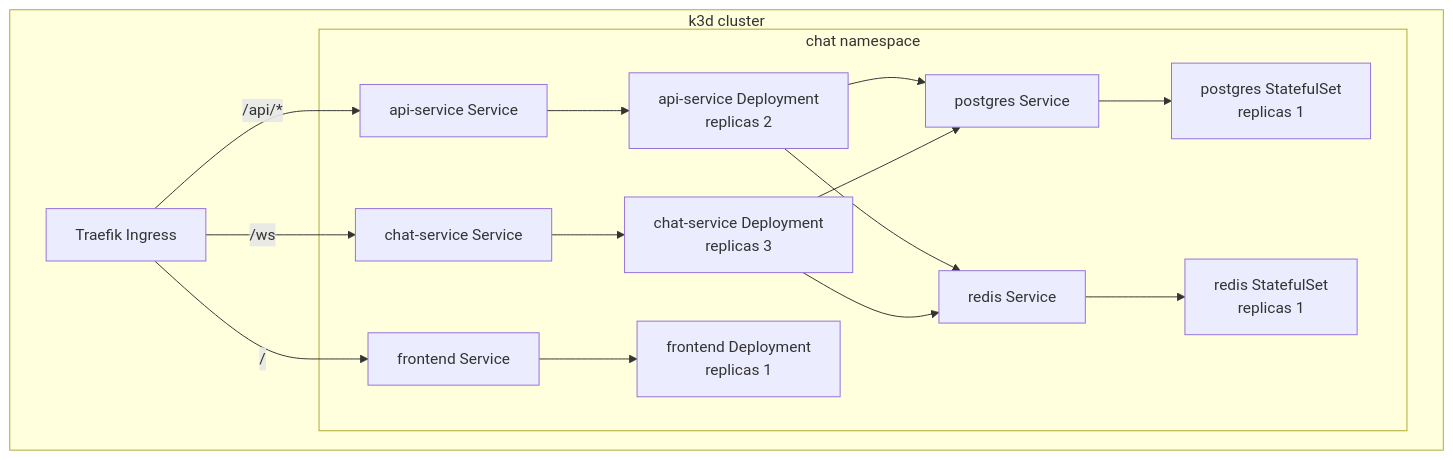
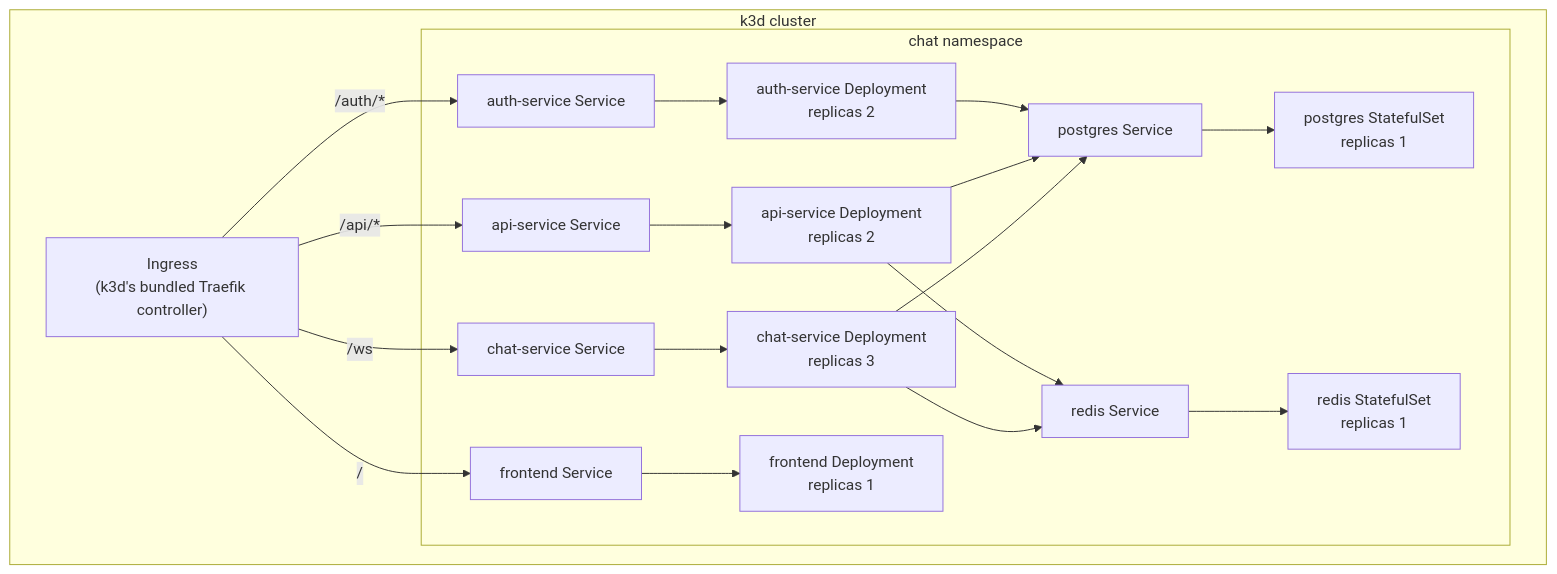
One commit to prodmatze/distributed_systems_sose_2026 changed the seventh of 7 diagrams in docs/ARCHITECTURE.md. Above: the diagram before and after it, drawn with Mermaid. The commit also changed other lines of this file and 23 other files, not shown here.

````diff
--- a/docs/ARCHITECTURE.md
+++ b/docs/ARCHITECTURE.md
@@ -318,35 +336,40 @@
 ```mermaid
 flowchart TB
     subgraph Cluster["k3d cluster"]
-        Ing["Traefik Ingress"]
+        Ing["Ingress<br/>(k3d's bundled Traefik controller)"]
 
         subgraph NS["chat namespace"]
+            AUTHD["auth-service Deployment<br/>replicas 2"]
             APID["api-service Deployment<br/>replicas 2"]
             WSD["chat-service Deployment<br/>replicas 3"]
             PGSS["postgres StatefulSet<br/>replicas 1"]
             RDSS["redis StatefulSet<br/>replicas 1"]
             FEDP["frontend Deployment<br/>replicas 1"]
 
+            AUTHS["auth-service Service"]
             APIS["api-service Service"]
             WSS["chat-service Service"]
             PGS["postgres Service"]
             RDS["redis Service"]
             FES["frontend Service"]
         end
 
+        Ing -->|"/auth/*"| AUTHS
         Ing -->|"/api/*"| APIS
         Ing -->|"/ws"| WSS
         Ing -->|"/"| FES
 
+        AUTHS --> AUTHD
         APIS --> APID
         WSS --> WSD
         PGS --> PGSS
         RDS --> RDSS
         FES --> FEDP
 
+        AUTHD --> PGS
         APID --> PGS
         APID --> RDS
         WSD --> PGS
         WSD --> RDS
     end
 ```
````
